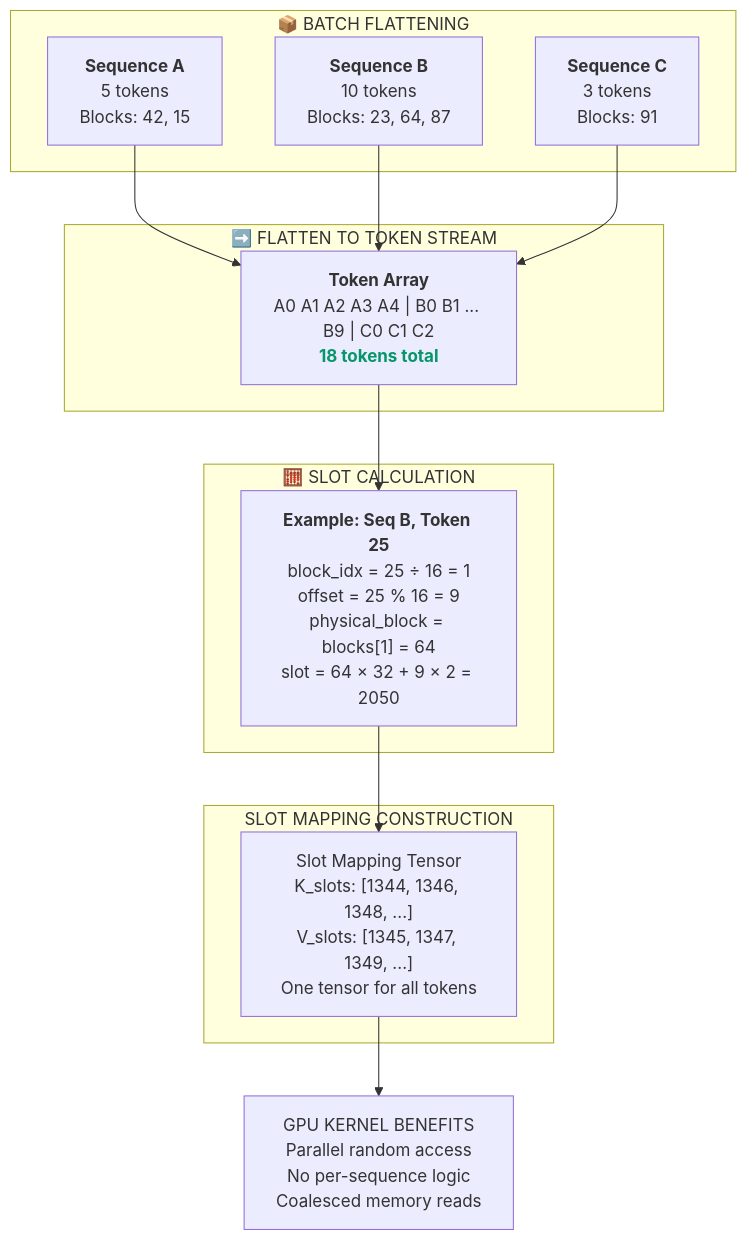
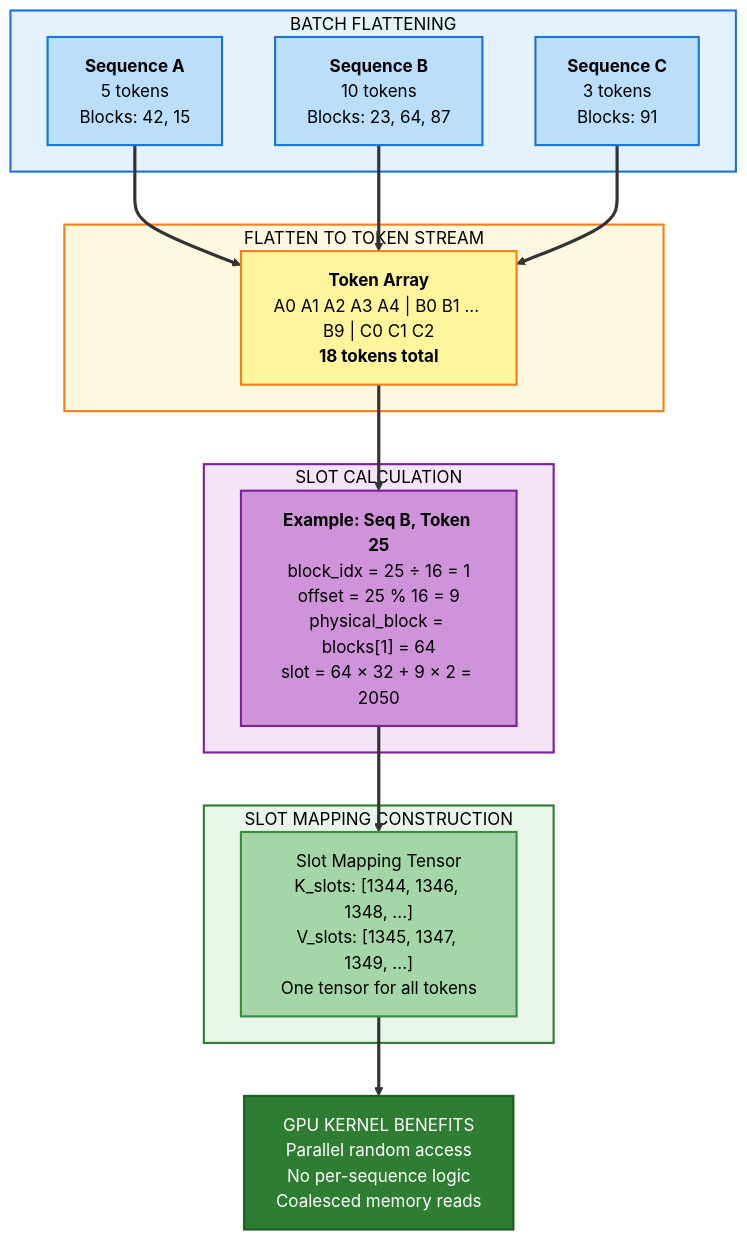
Before and after one commit to Shahriarin2garden/vllm_from_scratch: the eighth of 15 diagrams in lab0.3/README.md, drawn with Mermaid. The commit also changed other lines of this file and 2 other files, not shown here.

Commit message:
Enhance README with detailed mermaid diagrams for KV cache performance, memory fragmentation, and eviction strategies; add .gitignore to exclude plans directory from version control.

````diff
--- a/lab0.3/README.md
+++ b/lab0.3/README.md
@@ -596,29 +719,43 @@
 ```mermaid
 graph TD
-    subgraph BATCH["📦 BATCH FLATTENING"]
+    subgraph BATCH [" BATCH FLATTENING "]
         S1["<b>Sequence A</b><br/>5 tokens<br/>Blocks: 42, 15"]
         S2["<b>Sequence B</b><br/>10 tokens<br/>Blocks: 23, 64, 87"]
         S3["<b>Sequence C</b><br/>3 tokens<br/>Blocks: 91"]
     end
     
-    subgraph FLAT["➡️ FLATTEN TO TOKEN STREAM"]
-        TP["<b>Token Array</b><br/>A0 A1 A2 A3 A4 | B0 B1 ... B9 | C0 C1 C2<br/><b style='color:#059669'>18 tokens total</b>"]
+    subgraph FLAT [" FLATTEN TO TOKEN STREAM "]
+        TP["<b>Token Array</b><br/>A0 A1 A2 A3 A4 | B0 B1 ... B9 | C0 C1 C2<br/><b>18 tokens total</b>"]
     end
     
-    subgraph CALC["🧮 SLOT CALCULATION"]
+    subgraph CALC [" SLOT CALCULATION "]
         EX["<b>Example: Seq B, Token 25</b><br/>block_idx = 25 ÷ 16 = 1<br/>offset = 25 % 16 = 9<br/>physical_block = blocks[1] = 64<br/>slot = 64 × 32 + 9 × 2 = 2050"]
     end
     
-    subgraph MAPPING["SLOT MAPPING CONSTRUCTION"]
+    subgraph MAPPING [" SLOT MAPPING CONSTRUCTION "]
         SM["Slot Mapping Tensor<br/>K_slots: [1344, 1346, 1348, ...]<br/>V_slots: [1345, 1347, 1349, ...]<br/>One tensor for all tokens"]
     end
     
     EXECUTION["GPU KERNEL BENEFITS<br/>Parallel random access<br/>No per-sequence logic<br/>Coalesced memory reads"]
     
     S1 --> TP
     S2 --> TP
     S3 --> TP
     TP --> EX
     EX --> SM
     SM --> EXECUTION
+    
+    linkStyle default stroke:#333,stroke-width:3px
+    
+    style BATCH fill:#e3f2fd,stroke:#1976d2,stroke-width:2px,color:#000
+    style FLAT fill:#fff8e1,stroke:#f57f17,stroke-width:2px,color:#000
+    style CALC fill:#f3e5f5,stroke:#7b1fa2,stroke-width:2px,color:#000
+    style MAPPING fill:#e8f5e9,stroke:#2e7d32,stroke-width:2px,color:#000
+    style S1 fill:#bbdefb,stroke:#1976d2,stroke-width:2px,color:#000
+    style S2 fill:#bbdefb,stroke:#1976d2,stroke-width:2px,color:#000
+    style S3 fill:#bbdefb,stroke:#1976d2,stroke-width:2px,color:#000
+    style TP fill:#fff59d,stroke:#f57f17,stroke-width:2px,color:#000
+    style EX fill:#ce93d8,stroke:#7b1fa2,stroke-width:2px,color:#000
+    style SM fill:#a5d6a7,stroke:#388e3c,stroke-width:2px,color:#000
+    style EXECUTION fill:#2e7d32,stroke:#1b5e20,stroke-width:2px,color:#fff
 ```
````
